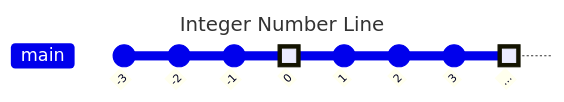
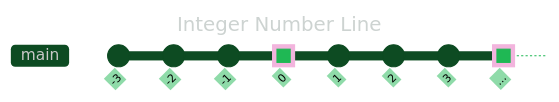
The diagram in Mathematics/Fundamental/04_Integers.md (oat431/general-knowledge), drawn with Mermaid before and after one commit. The commit also changed other lines of this file and 50 other files, not shown here.

````diff
--- a/Mathematics/Fundamental/04_Integers.md
+++ b/Mathematics/Fundamental/04_Integers.md
@@ -70,15 +70,16 @@
 ```mermaid
 ---
 title: Integer Number Line
 ---
+%%{init: {'theme':'base','themeVariables':{'primaryColor':'#1FB854','primaryTextColor':'#CDD3D1','lineColor':'#1FB854','background':'#1B1717','gitBranchLabel0':'#CAC9C9','gitBranchLabel1':'#CAC9C9','gitBranchLabel2':'#CAC9C9','gitBranchLabel3':'#CAC9C9','commitLabelColor':'#000000','commitLabelBackground':'#1FB854','fontSize':'14px'}}}%%
 gitGraph
    commit id: "..." type: HIGHLIGHT
    commit id: "-3"
    commit id: "-2"
    commit id: "-1"
    commit id: "0" type: HIGHLIGHT
    commit id: "1"
    commit id: "2"
    commit id: "3"
    commit id: "..." type: HIGHLIGHT
 ```
````
